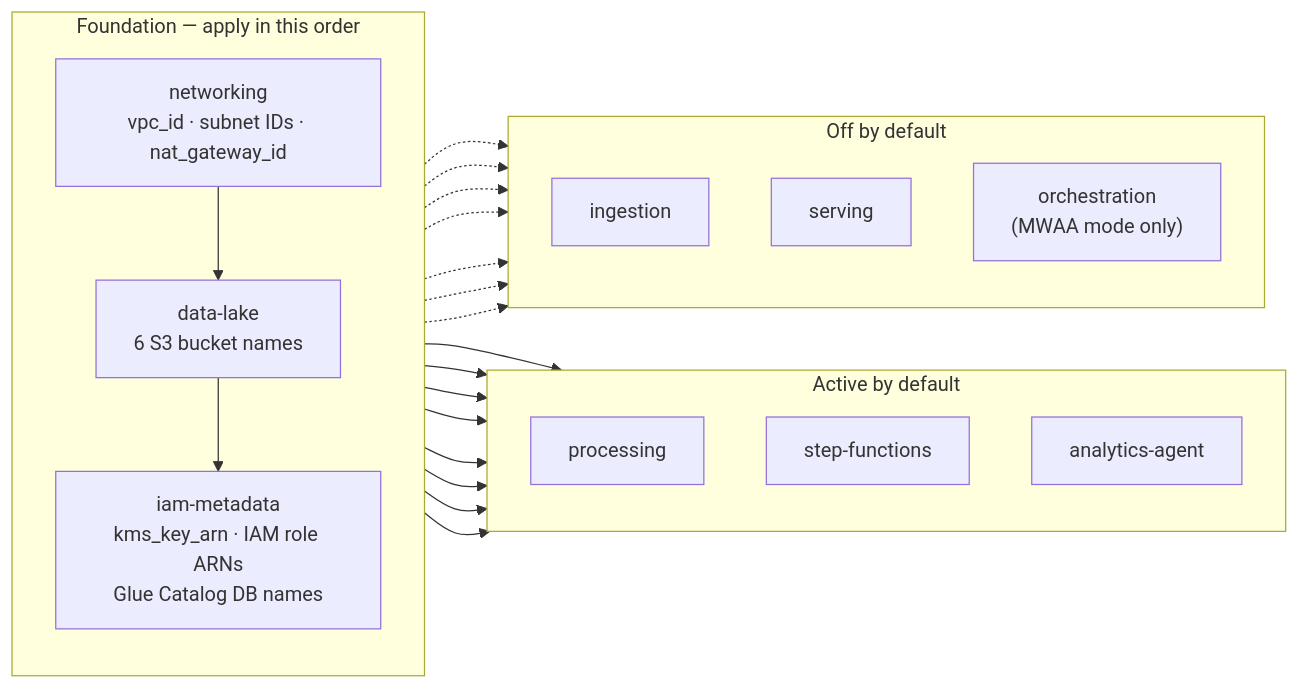
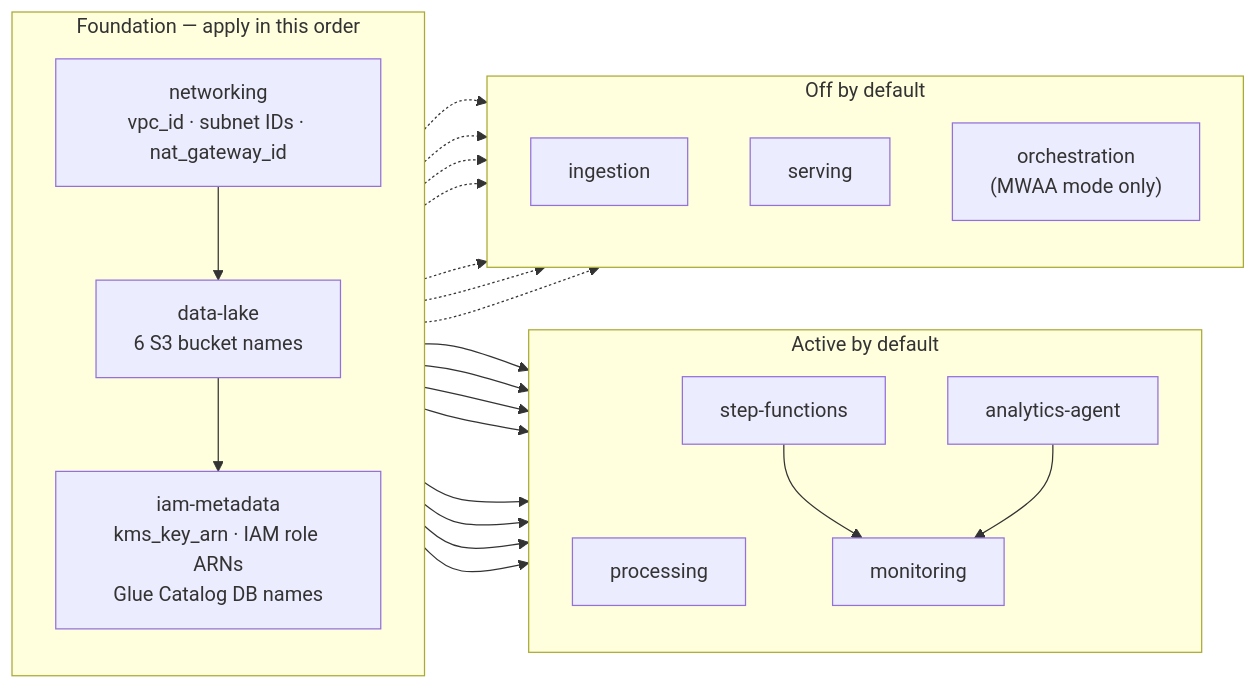
The second of 3 diagrams in README.md (enterprise-data-platform-emeka/terraform-platform-infra-live), drawn with Mermaid before and after one commit. The commit also changed other lines of this file and 16 other files, not shown here.

````diff
--- a/README.md
+++ b/README.md
@@ -125,32 +133,35 @@
 ```mermaid
 flowchart LR
     subgraph foundation["Foundation — apply in this order"]
         direction TB
         NET["networking\nvpc_id · subnet IDs · nat_gateway_id"]
         DL["data-lake\n6 S3 bucket names"]
         IAM["iam-metadata\nkms_key_arn · IAM role ARNs\nGlue Catalog DB names"]
         NET --> DL --> IAM
     end
 
     subgraph active["Active by default"]
         direction TB
         PROC["processing"]
         SFN["step-functions"]
         AA["analytics-agent"]
+        MON["monitoring"]
     end
 
     subgraph optional["Off by default"]
         direction TB
         ING["ingestion"]
         SERV["serving"]
         ORCH["orchestration\n(MWAA mode only)"]
     end
 
     NET --> PROC & AA
     DL --> PROC & SFN & AA
     IAM --> PROC & SFN & AA
+    SFN --> MON
+    AA --> MON
 
     NET -.-> ING & SERV & ORCH
     DL -.-> ING
     IAM -.-> ING & SERV & ORCH
 ```
````
